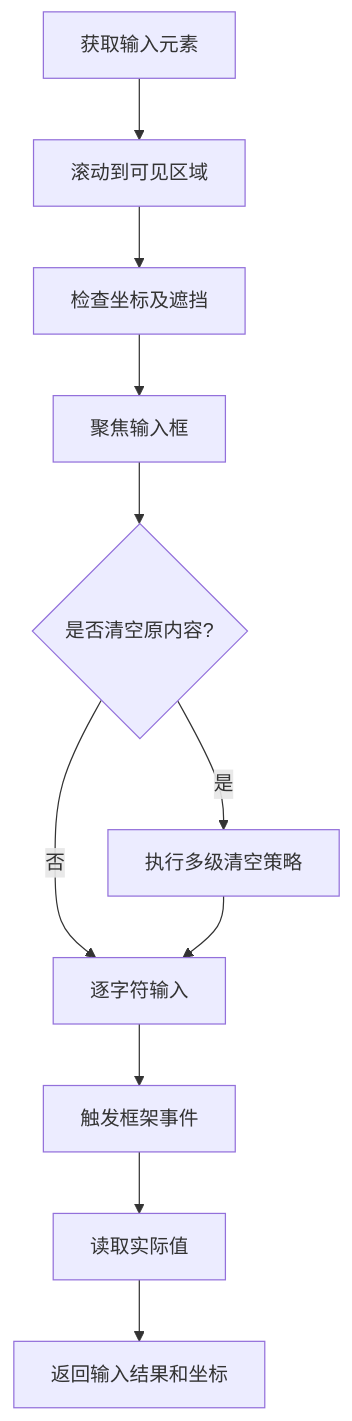
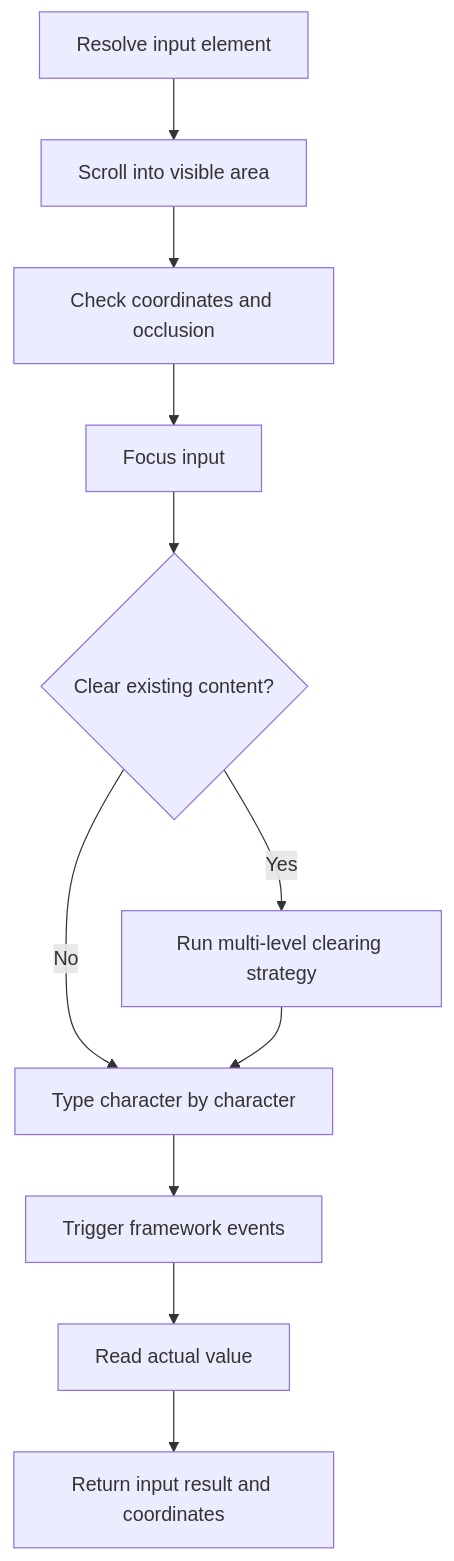
The third of 3 diagrams in docs/Browser_opereation_simulation.md (LHKong7/tabvis), drawn with Mermaid before and after one commit. The commit also changed other lines of this file and 26 other files, not shown here.

````diff
--- a/docs/Browser_opereation_simulation.md
+++ b/docs/Browser_opereation_simulation.md
@@ -425,13 +448,13 @@
 ```mermaid
 flowchart TD
-    A["获取输入元素"] --> B["滚动到可见区域"]
-    B --> C["检查坐标及遮挡"]
-    C --> D["聚焦输入框"]
-    D --> E{"是否清空原内容?"}
-    E -- "是" --> F["执行多级清空策略"]
-    E -- "否" --> G["逐字符输入"]
+    A["Resolve input element"] --> B["Scroll into visible area"]
+    B --> C["Check coordinates and occlusion"]
+    C --> D["Focus input"]
+    D --> E{"Clear existing content?"}
+    E -- "Yes" --> F["Run multi-level clearing strategy"]
+    E -- "No" --> G["Type character by character"]
     F --> G
-    G --> H["触发框架事件"]
-    H --> I["读取实际值"]
-    I --> J["返回输入结果和坐标"]
+    G --> H["Trigger framework events"]
+    H --> I["Read actual value"]
+    I --> J["Return input result and coordinates"]
 ```
````
